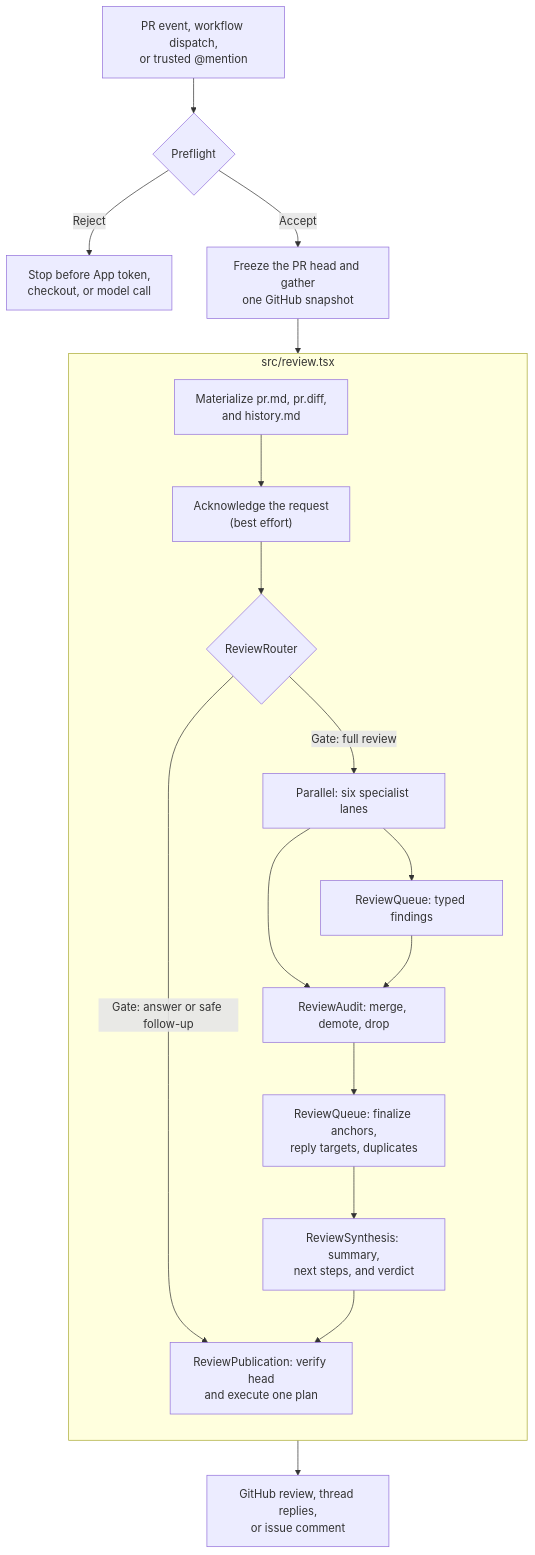
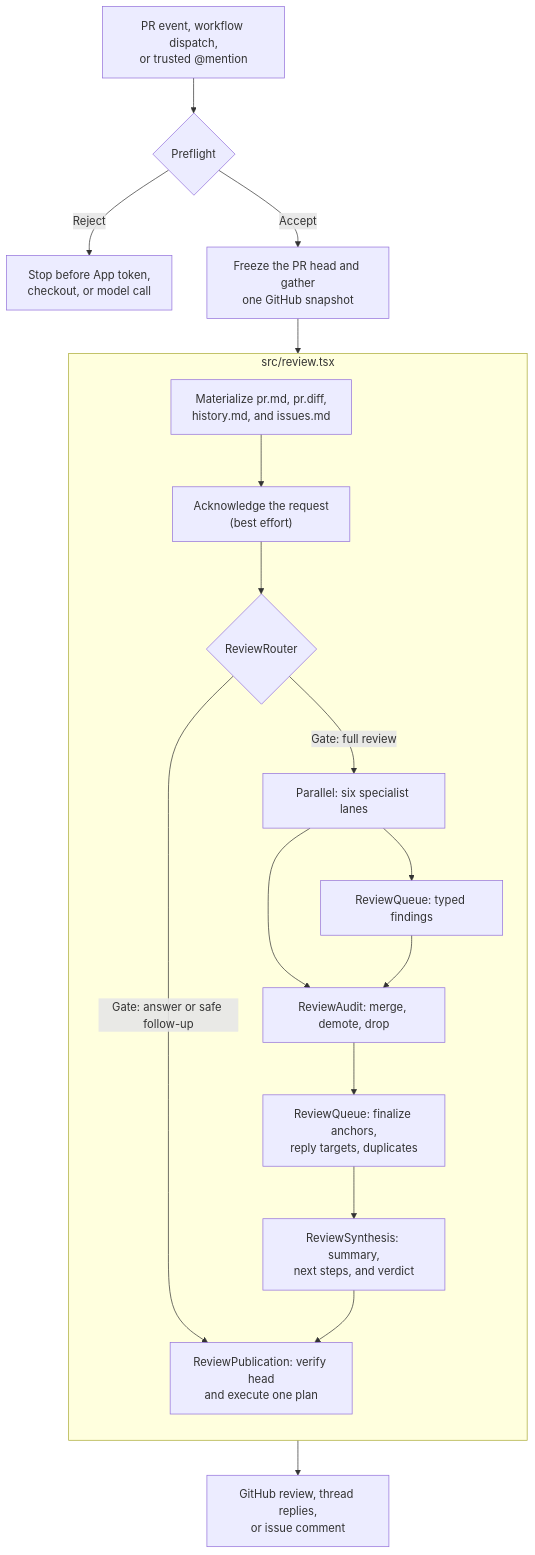
One commit to we-are-singular/singular-code-review-agent changed the diagram in README.md. Above: the diagram before and after it, drawn with Mermaid. The commit also changed other lines of this file and 11 other files, not shown here.

````diff
--- a/README.md
+++ b/README.md
@@ -30,23 +30,23 @@
 ```mermaid
 flowchart TB
     event["PR event, workflow dispatch,<br/>or trusted @mention"] --> preflight{"Preflight"}
     preflight -->|Reject| stop["Stop before App token,<br/>checkout, or model call"]
     preflight -->|Accept| snapshot["Freeze the PR head and gather<br/>one GitHub snapshot"]
 
     subgraph review["src/review.tsx"]
       direction TB
-      context["Materialize pr.md, pr.diff,<br/>and history.md"] --> acknowledgement["Acknowledge the request<br/>(best effort)"]
+      context["Materialize pr.md, pr.diff,<br/>history.md, and issues.md"] --> acknowledgement["Acknowledge the request<br/>(best effort)"]
       acknowledgement --> router{"ReviewRouter"}
       router -->|Gate: answer or safe follow-up| publication
       router -->|Gate: full review| parallel["Parallel: six specialist lanes"]
       parallel --> queue["ReviewQueue: typed findings"]
       parallel --> audit
       queue --> audit["ReviewAudit: merge, demote, drop"]
       audit --> finalization["ReviewQueue: finalize anchors,<br/>reply targets, duplicates"]
       finalization --> synthesis["ReviewSynthesis: summary,<br/>next steps, and verdict"]
       synthesis --> publication["ReviewPublication: verify head<br/>and execute one plan"]
     end
 
     snapshot --> context
     publication --> github["GitHub review, thread replies,<br/>or issue comment"]
 ```
````
